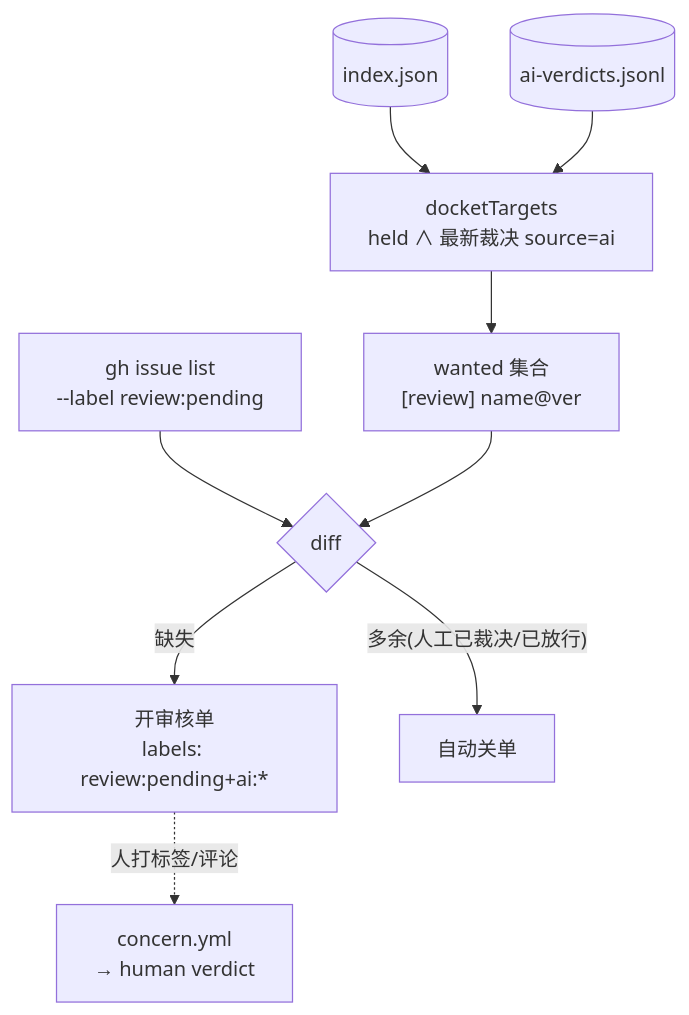
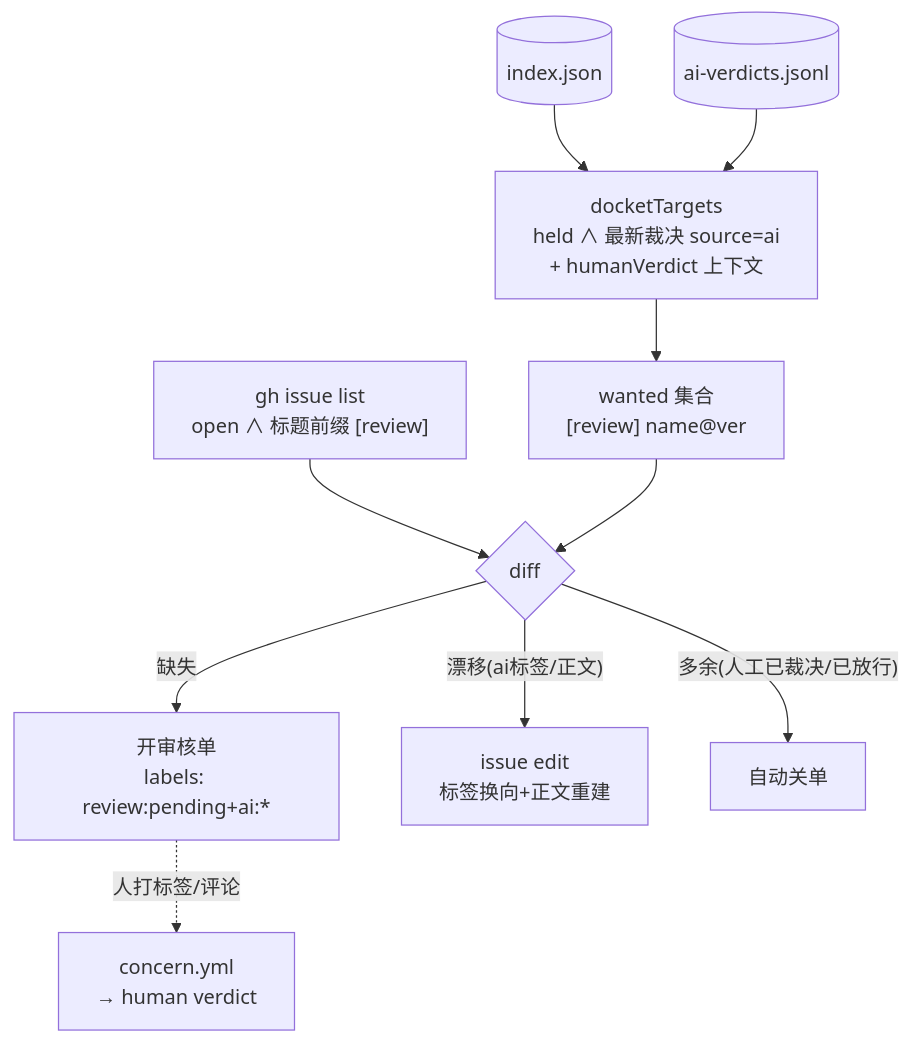
The ninth of 11 diagrams in docs/DATA-FLOWS.md (awesome-market/awesome-opencode-market), drawn with Mermaid before and after one commit. The commit also changed other lines of this file and 9 other files, not shown here.

First line of the commit message:
feat(docket,site): review-issue drift sync + S-series deploy hardening (K-1..K-6, S-1..S-16)

````diff
--- a/docs/DATA-FLOWS.md
+++ b/docs/DATA-FLOWS.md
@@ -540,11 +540,12 @@
 ```mermaid
 flowchart TB
-  IDX[("index.json")] --> DT["docketTargets<br/>held ∧ 最新裁决 source=ai"]
+  IDX[("index.json")] --> DT["docketTargets<br/>held ∧ 最新裁决 source=ai<br/>+ humanVerdict 上下文"]
   VJ[("ai-verdicts.jsonl")] --> DT
   DT --> W["wanted 集合<br/>[review] name@ver"]
-  OPEN["gh issue list<br/>--label review:pending"] --> DF{"diff"}
+  OPEN["gh issue list<br/>open ∧ 标题前缀 [review]"] --> DF{"diff"}
   W --> DF
   DF -->|"缺失"| OPENI["开审核单<br/>labels: review:pending+ai:*"]
+  DF -->|"漂移(ai标签/正文)"| EDIT["issue edit<br/>标签换向+正文重建"]
   DF -->|"多余(人工已裁决/已放行)"| CLOSEI["自动关单"]
   OPENI -.->|"人打标签/评论"| CON["concern.yml<br/>→ human verdict"]
 ```
````
